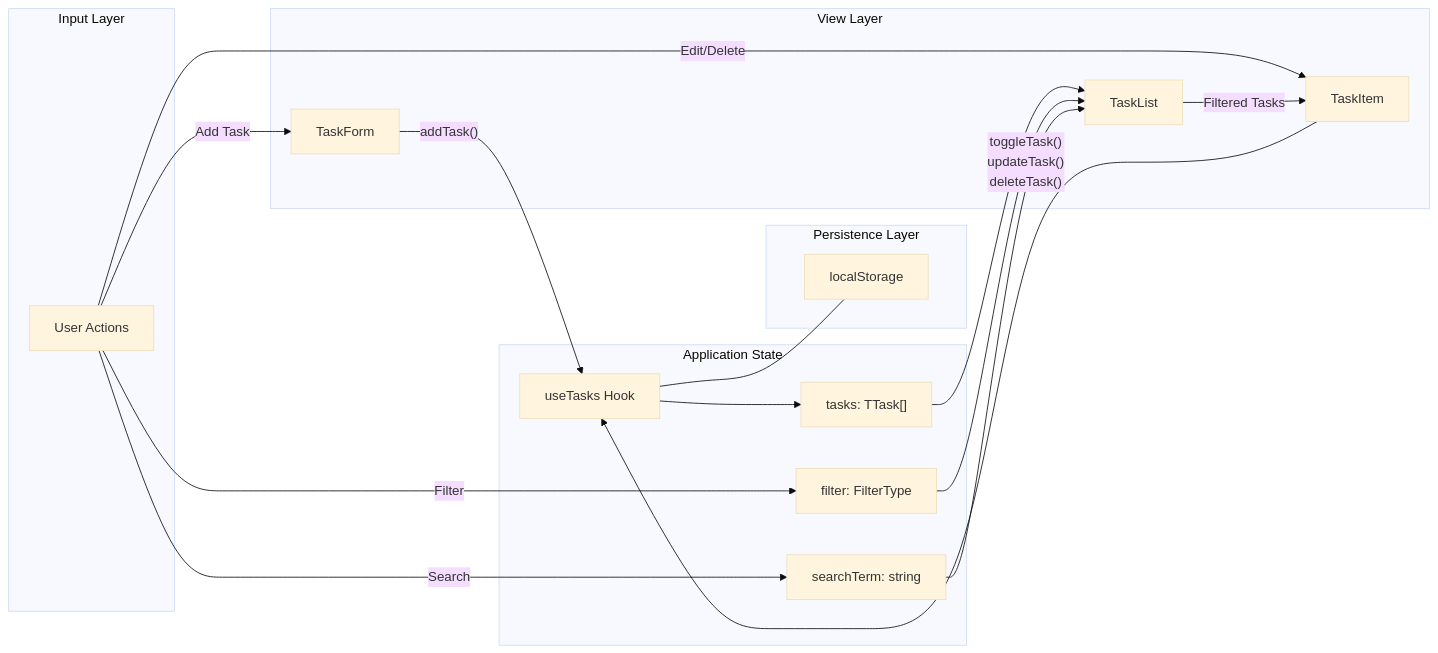
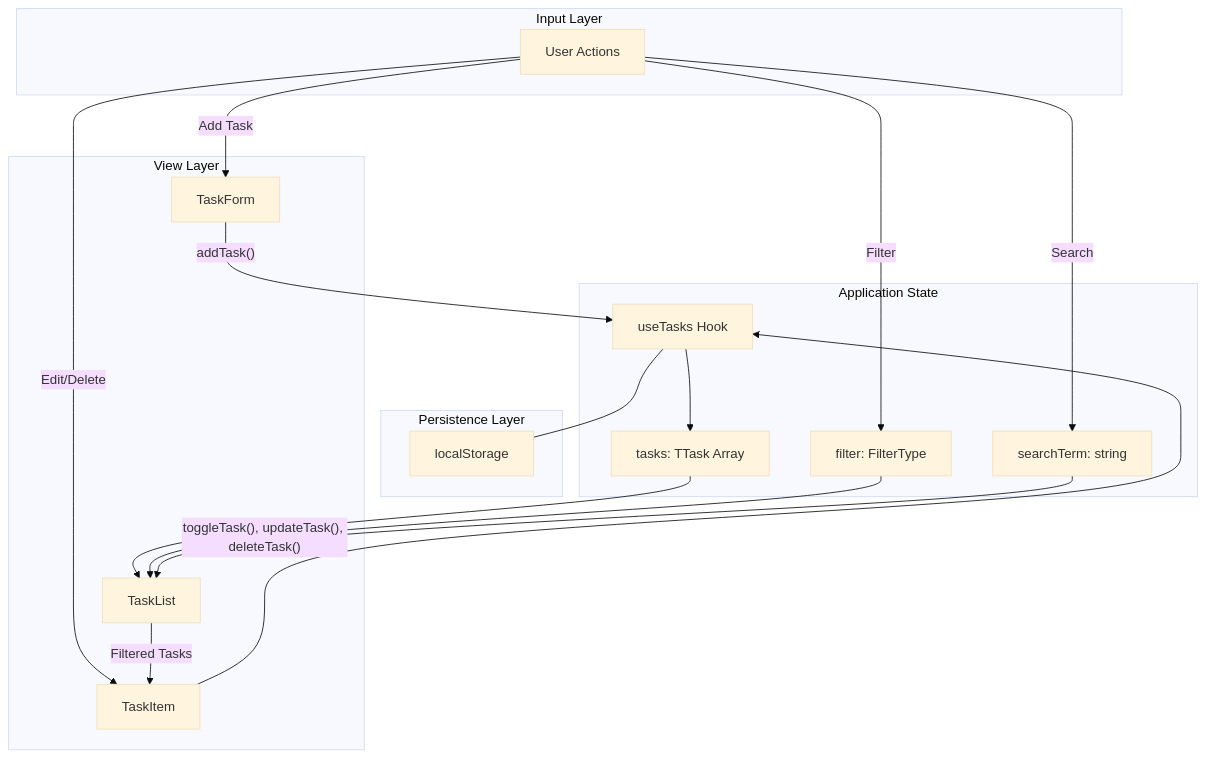
One commit to Gringo2/zero-task changed the fourth of 6 diagrams in docs/ARCHITECTURE.md. Above: the diagram before and after it, drawn with Mermaid (base theme). The commit also changed other lines of this file and 2 other files, not shown here.

Commit message:
fix(docs): Definitive Mermaid fix by standardizing on graph TD and simplifying label syntax

````diff
--- a/docs/ARCHITECTURE.md
+++ b/docs/ARCHITECTURE.md
@@ -111,40 +111,40 @@
 ```mermaid
-graph LR
+graph TD
     subgraph "Input Layer"
         User["User Actions"]
     end
     
     subgraph "Application State"
         Hook["useTasks Hook"]
-        State["tasks: TTask[]"]
+        State["tasks: TTask Array"]
         Filter["filter: FilterType"]
         Search["searchTerm: string"]
     end
     
     subgraph "Persistence Layer"
         LS["localStorage"]
     end
     
     subgraph "View Layer"
         Form["TaskForm"]
         List["TaskList"]
         Item["TaskItem"]
     end
     
     User -->|"Add Task"| Form
     User -->|"Edit/Delete"| Item
-    User -->|Filter| Filter
-    User -->|Search| Search
+    User -->|"Filter"| Filter
+    User -->|"Search"| Search
     
     Form -->|"addTask()"| Hook
-    Item -->|"toggleTask()<br/>updateTask()<br/>deleteTask()"| Hook
+    Item -->|"toggleTask(), updateTask(), deleteTask()"| Hook
     
     Hook --- LS
     Hook --> State
     
     State --> List
     Filter --> List
     Search --> List
     
     List -->|"Filtered Tasks"| Item
 ```
````
